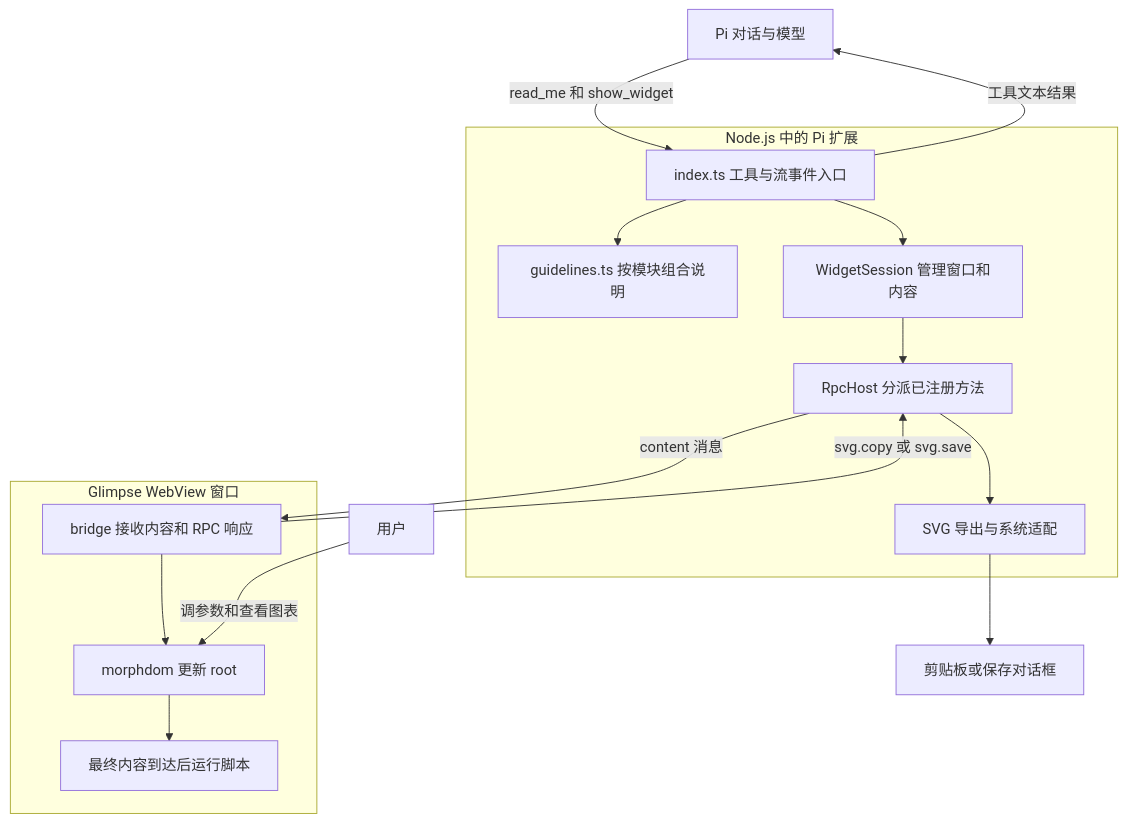
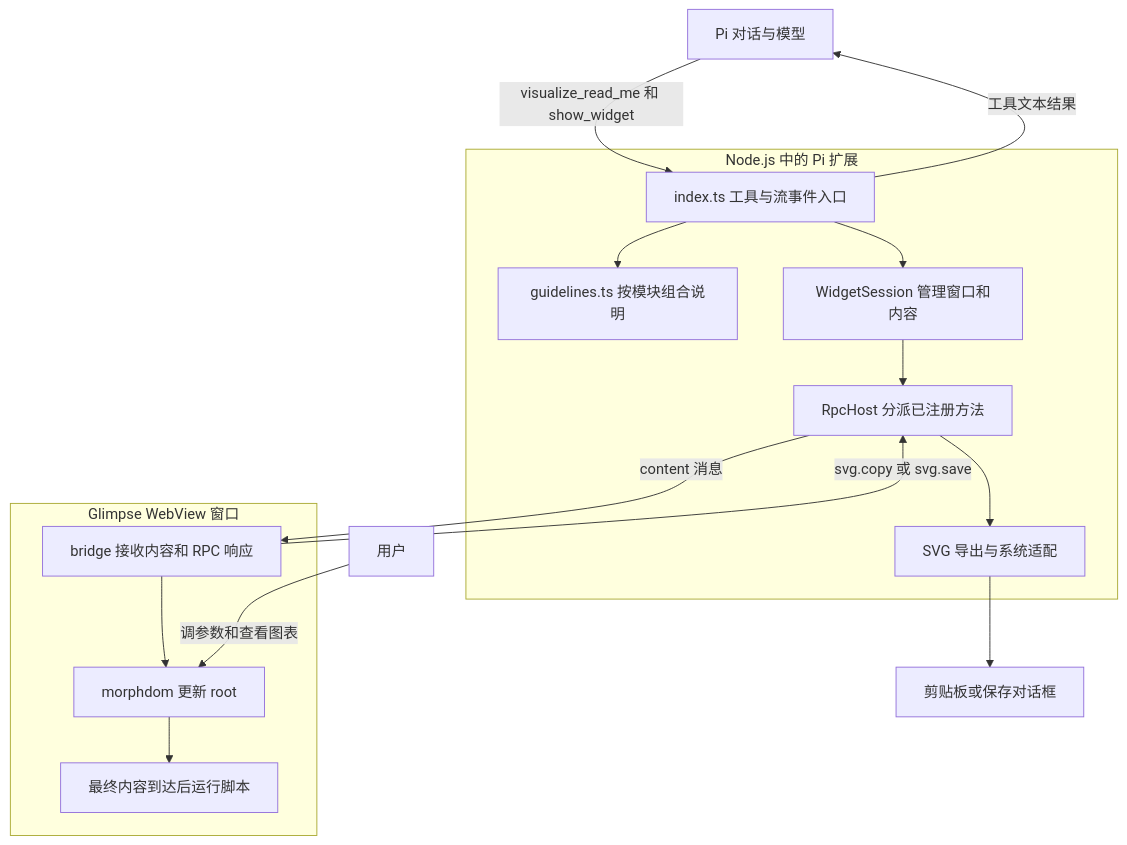
Before and after one commit to PerfectPan/wiki: the first of 2 diagrams in wiki/topics/ai/pi-generative-ui.md, drawn with Mermaid. The commit also changed other lines of this file and 3 other files, not shown here.

````diff
--- a/wiki/topics/ai/pi-generative-ui.md
+++ b/wiki/topics/ai/pi-generative-ui.md
@@ -38,27 +141,27 @@
 ```mermaid
 flowchart TB
   P[Pi 对话与模型]
   subgraph H[Node.js 中的 Pi 扩展]
     E[index.ts 工具与流事件入口]
     G[guidelines.ts 按模块组合说明]
     S[WidgetSession 管理窗口和内容]
     R[RpcHost 分派已注册方法]
     F[SVG 导出与系统适配]
     E --> G
     E --> S
     S --> R
     R --> F
   end
   subgraph W[Glimpse WebView 窗口]
     B[bridge 接收内容和 RPC 响应]
     M[morphdom 更新 root]
     J[最终内容到达后运行脚本]
     B --> M --> J
   end
-  P -->|read_me 和 show_widget| E
+  P -->|visualize_read_me 和 show_widget| E
   E -->|工具文本结果| P
   R -->|content 消息| B
   B -->|svg.copy 或 svg.save| R
   U[用户] -->|调参数和查看图表| M
   F --> O[剪贴板或保存对话框]
 ```
````
